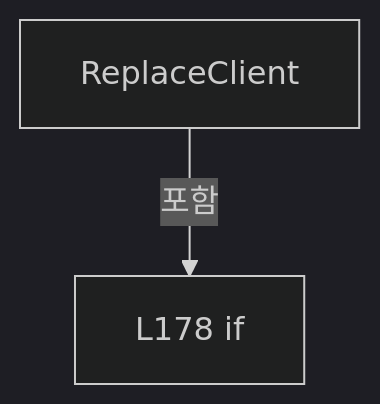
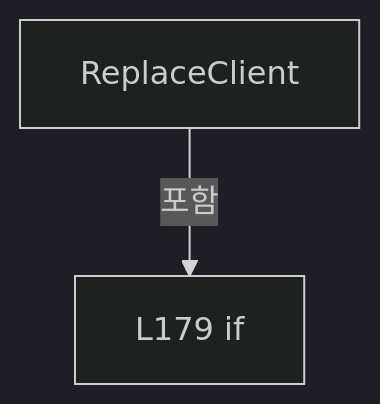
One commit to kjuws10-rgb/Shared changed the fifth of 40 diagrams in A3 LD Code Ref/files/Drilling.Common/Interface/Vision/CVisionComm.cs.md. Above: the diagram before and after it, drawn with Mermaid (dark theme). The commit also changed other lines of this file and 2071 other files, not shown here.

Commit message:
docs(a3): update 11.19.0 architecture and code reference

````diff
--- a/A3 LD Code Ref/files/Drilling.Common/Interface/Vision/CVisionComm.cs.md
+++ b/A3 LD Code Ref/files/Drilling.Common/Interface/Vision/CVisionComm.cs.md
@@ -952,6 +952,6 @@
 ```mermaid
 flowchart TD
  M["ReplaceClient"]
- N0["L178 if"]
+ N0["L179 if"]
  M -->|포함| N0
 ```
````
